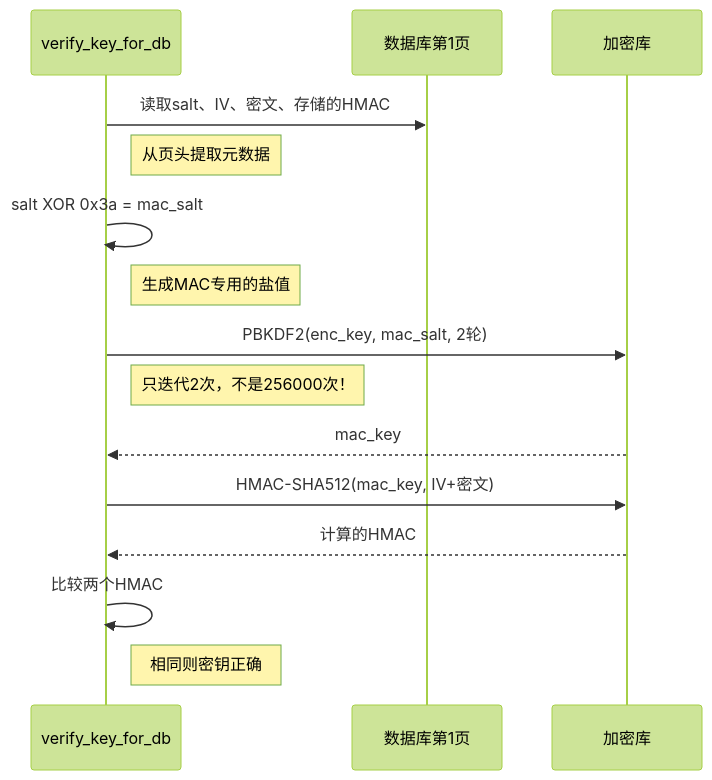
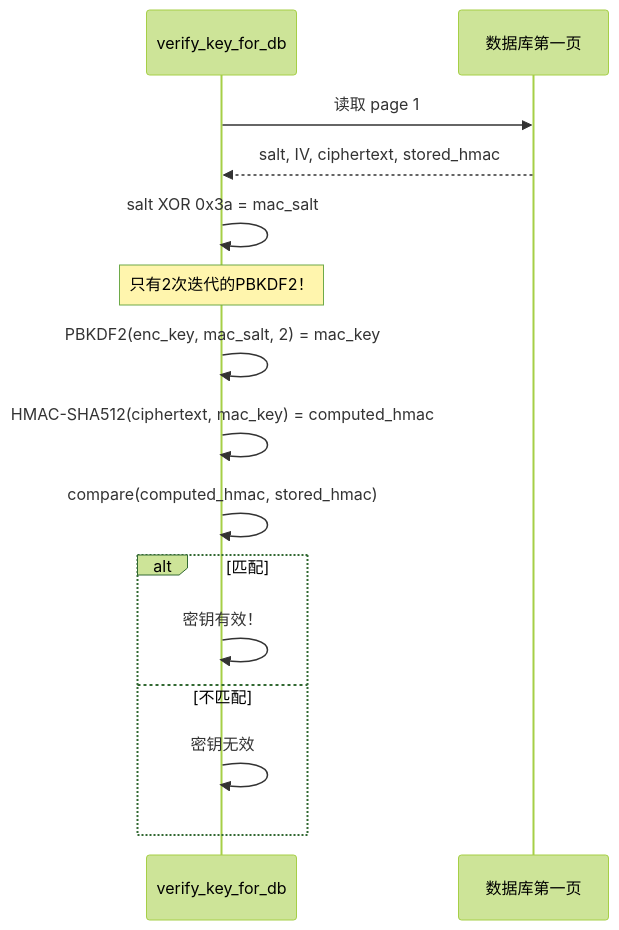
The fifth of 5 diagrams in public/wechat-decrypt/guide-beginners-guide-finding-keys.md (nerdneilsfield/code-wiki-pages), drawn with Mermaid (forest theme) before and after one commit. The commit also changed other lines of this file and 30 other files, not shown here.

````diff
--- a/public/wechat-decrypt/guide-beginners-guide-finding-keys.md
+++ b/public/wechat-decrypt/guide-beginners-guide-finding-keys.md
@@ -198,22 +168,20 @@
 ```mermaid
 sequenceDiagram
     participant V as verify_key_for_db
-    participant DB as 数据库第1页
-    participant Crypto as 加密库
+    participant DB as 数据库第一页
     
-    V->>DB: 读取salt、IV、密文、存储的HMAC
-    Note right of V: 从页头提取元数据
+    V->>DB: 读取 page 1
+    DB-->>V: salt, IV, ciphertext, stored_hmac
     
     V->>V: salt XOR 0x3a = mac_salt
-    Note right of V: 生成MAC专用的盐值
+    Note over V: 只有2次迭代的PBKDF2！
+    V->>V: PBKDF2(enc_key, mac_salt, 2) = mac_key
+    V->>V: HMAC-SHA512(ciphertext, mac_key) = computed_hmac
+    V->>V: compare(computed_hmac, stored_hmac)
     
-    V->>Crypto: PBKDF2(enc_key, mac_salt, 2轮)
-    Note right of V: 只迭代2次，不是256000次！
-    Crypto-->>V: mac_key
-    
-    V->>Crypto: HMAC-SHA512(mac_key, IV+密文)
-    Crypto-->>V: 计算的HMAC
-    
-    V->>V: 比较两个HMAC
-    Note right of V: 相同则密钥正确
+    alt 匹配
+        V->>V: 密钥有效！
+    else 不匹配
+        V->>V: 密钥无效
+    end
 ```
````
